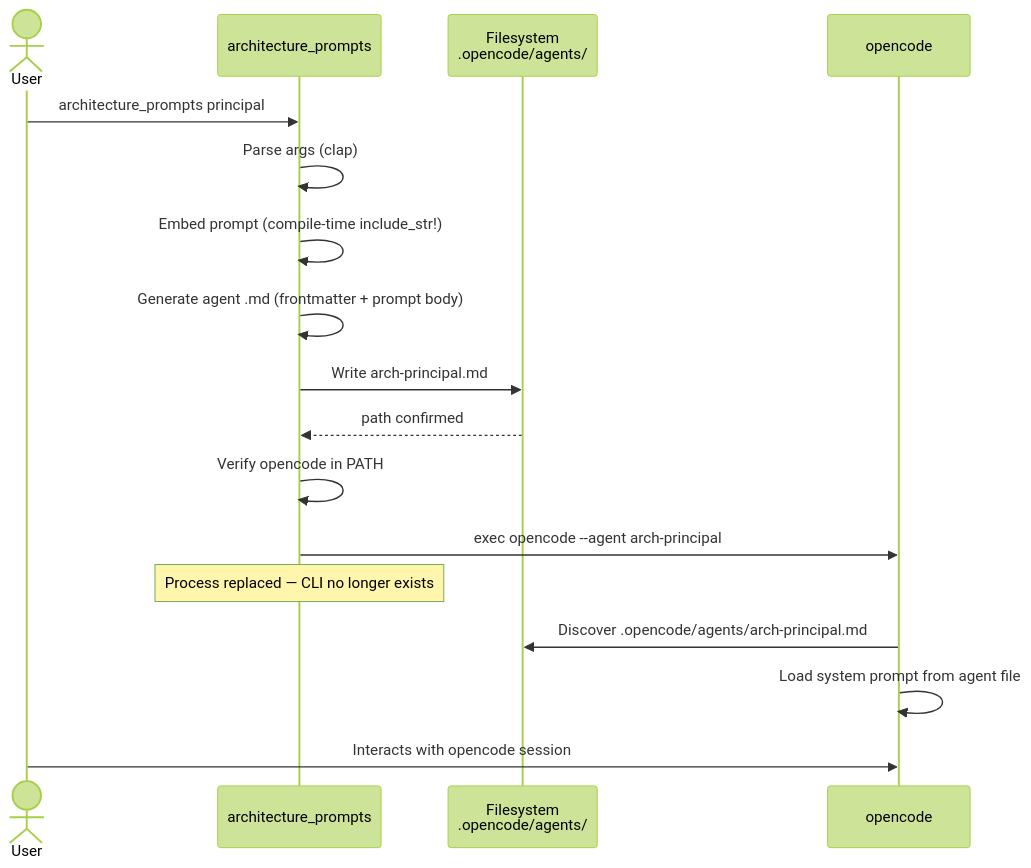
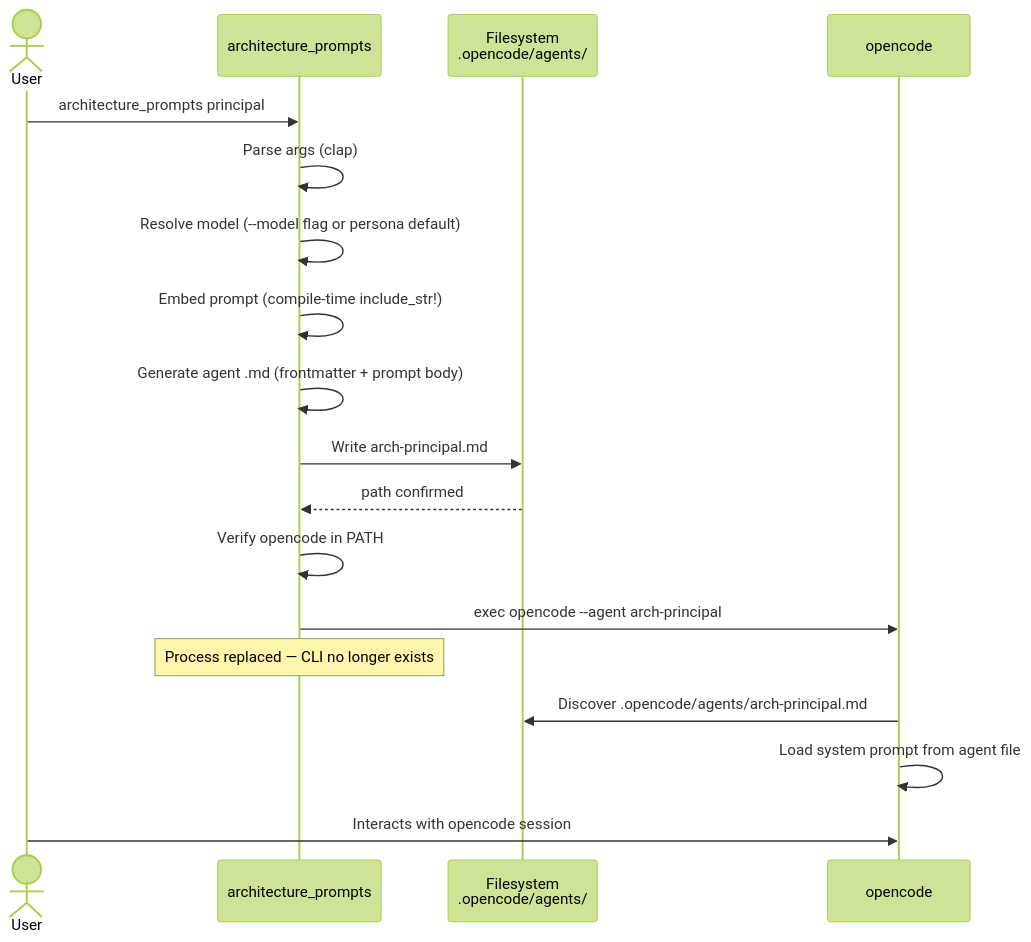
The second of 9 diagrams in docs/architecture.md (vansweej/architecture_prompts), drawn with Mermaid (forest theme) before and after one commit. The commit also changed other lines of this file and 7 other files, not shown here.

First line of the commit message:
feat: add per-persona model defaults with --model override

````diff
--- a/docs/architecture.md
+++ b/docs/architecture.md
@@ -31,23 +31,24 @@
 ```mermaid
 sequenceDiagram
     actor User
     participant CLI as architecture_prompts
     participant FS as Filesystem<br/>.opencode/agents/
     participant OC as opencode
 
     User->>CLI: architecture_prompts principal
 
     CLI->>CLI: Parse args (clap)
+    CLI->>CLI: Resolve model (--model flag or persona default)
     CLI->>CLI: Embed prompt (compile-time include_str!)
     CLI->>CLI: Generate agent .md (frontmatter + prompt body)
     CLI->>FS: Write arch-principal.md
     FS-->>CLI: path confirmed
 
     CLI->>CLI: Verify opencode in PATH
     CLI->>OC: exec opencode --agent arch-principal
     note over CLI: Process replaced — CLI no longer exists
 
     OC->>FS: Discover .opencode/agents/arch-principal.md
     OC->>OC: Load system prompt from agent file
     User->>OC: Interacts with opencode session
 ```
````
